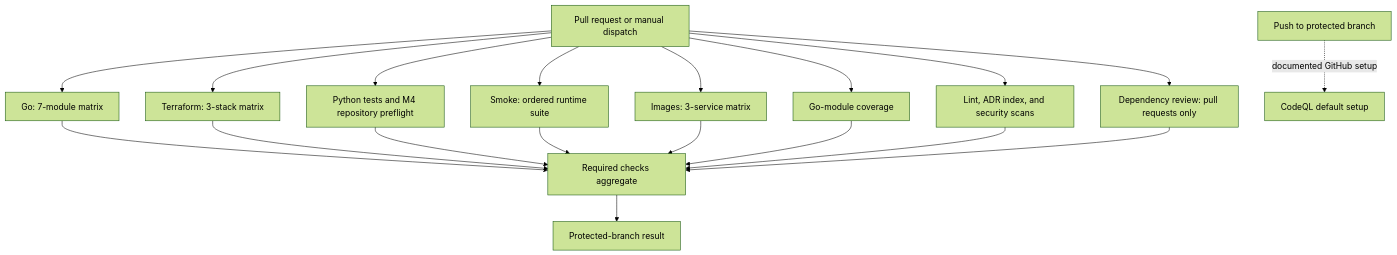
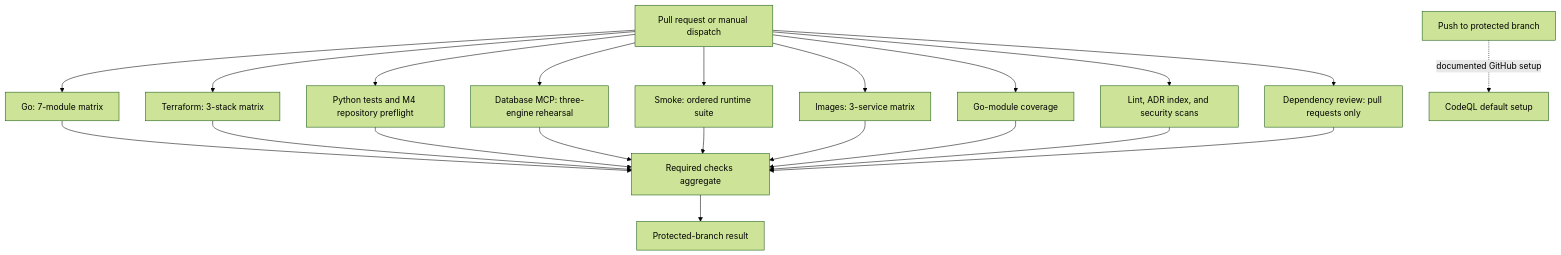
The diagram in docs/repository-file-checks.md (lilabrooks/my-local-platform), drawn with Mermaid (forest theme) before and after one commit. The commit also changed other lines of this file and 22 other files, not shown here.

Commit message:
Add a read-only database MCP showcase

````diff
--- a/docs/repository-file-checks.md
+++ b/docs/repository-file-checks.md
@@ -58,24 +58,26 @@
 ```mermaid
 flowchart TD
     event[Pull request or manual dispatch]
     event --> go[Go: 7-module matrix]
     event --> terraform[Terraform: 3-stack matrix]
     event --> python[Python tests and M4 repository preflight]
+    event --> database[Database MCP: three-engine rehearsal]
     event --> smoke[Smoke: ordered runtime suite]
     event --> image[Images: 3-service matrix]
     event --> modules[Go-module coverage]
     event --> lint[Lint, ADR index, and security scans]
     event --> dependency[Dependency review: pull requests only]
 
     go --> required[Required checks aggregate]
     terraform --> required
     python --> required
+    database --> required
     smoke --> required
     image --> required
     modules --> required
     lint --> required
     dependency --> required
     required --> protection[Protected-branch result]
 
     push[Push to protected branch] -. documented GitHub setup .-> codeql[CodeQL default setup]
 ```
````
